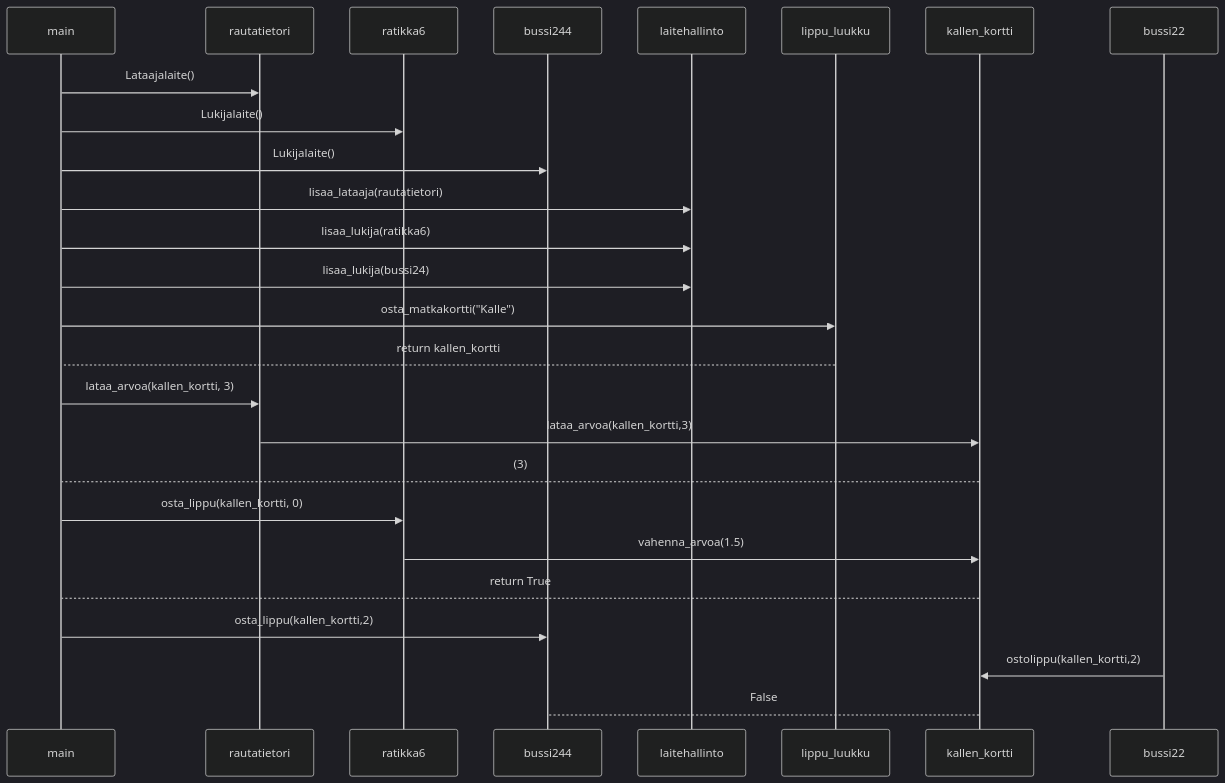
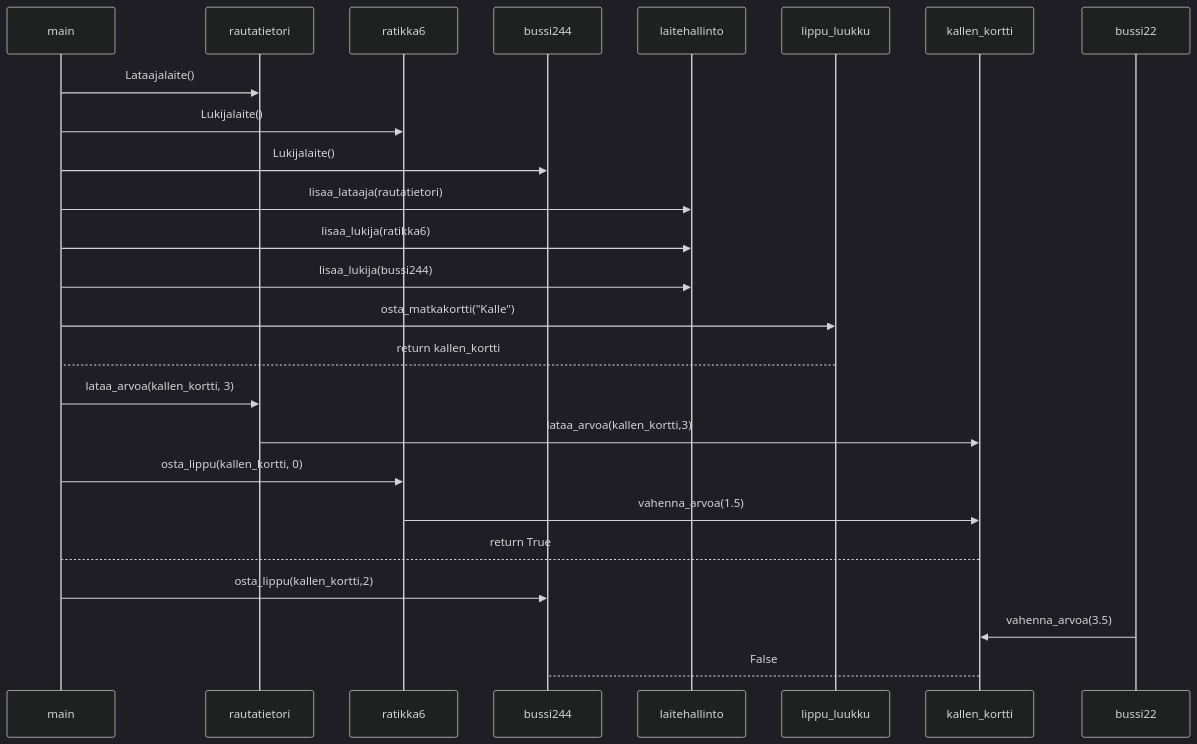
Before and after one commit to ah-pasila/ot-running-calendar: the diagram in laskarit/viikko3/hsl.md, drawn with Mermaid (dark theme).

Commit message:
Luonnos4 sekvenssikaaviosta

````diff
--- a/laskarit/viikko3/hsl.md
+++ b/laskarit/viikko3/hsl.md
@@ -3,20 +3,19 @@
 ```mermaid
 sequenceDiagram
     main->>rautatietori: Lataajalaite()
     main->>ratikka6: Lukijalaite()
     main->>bussi244: Lukijalaite()
     main->>laitehallinto: lisaa_lataaja(rautatietori)
     main->>laitehallinto: lisaa_lukija(ratikka6)
-    main->>laitehallinto: lisaa_lukija(bussi24)
+    main->>laitehallinto: lisaa_lukija(bussi244)
     main->>lippu_luukku: osta_matkakortti("Kalle")
     lippu_luukku-->main: return kallen_kortti
     main->>rautatietori: lataa_arvoa(kallen_kortti, 3)
     rautatietori->>kallen_kortti: lataa_arvoa(kallen_kortti,3)
-    kallen_kortti-->main: (3)
     main->>ratikka6: osta_lippu(kallen_kortti, 0)
     ratikka6->>kallen_kortti: vahenna_arvoa(1.5)
     kallen_kortti-->main: return True
     main->>bussi244: osta_lippu(kallen_kortti,2)
-    bussi22->>kallen_kortti: ostolippu(kallen_kortti,2)
+    bussi22->>kallen_kortti: vahenna_arvoa(3.5)
     kallen_kortti-->bussi244: False
 ```
````
